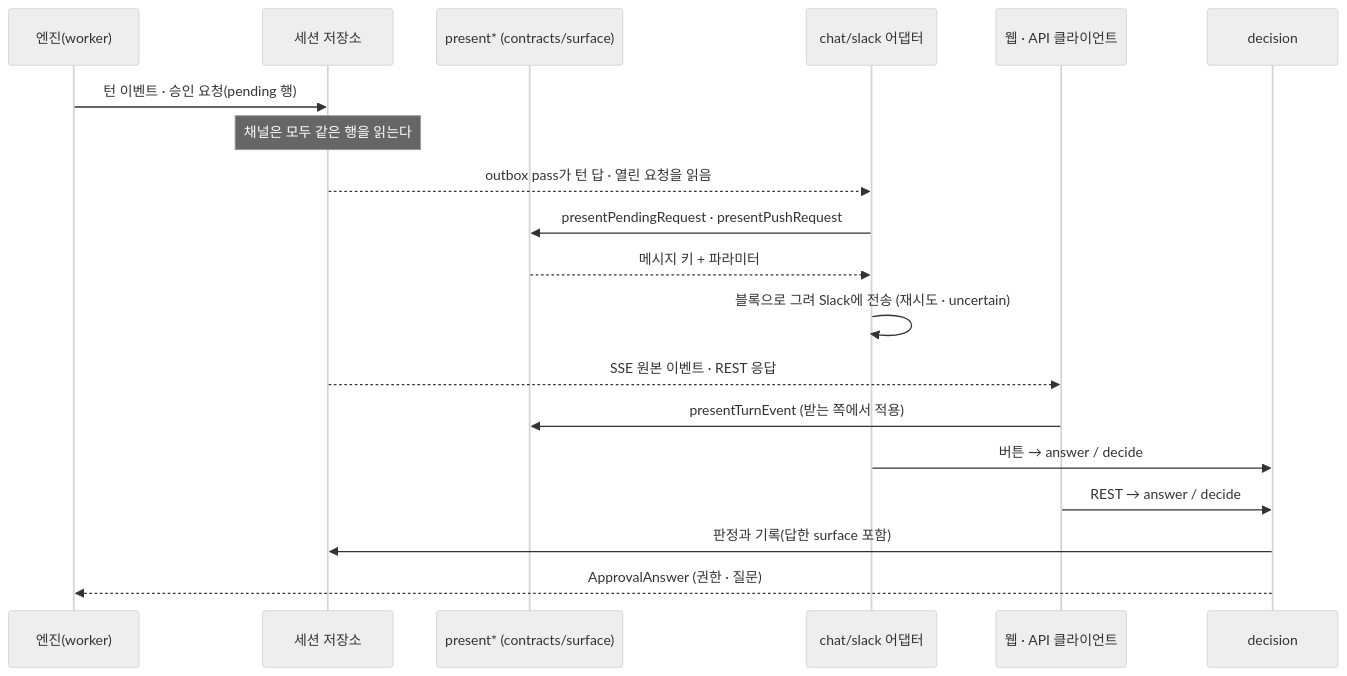
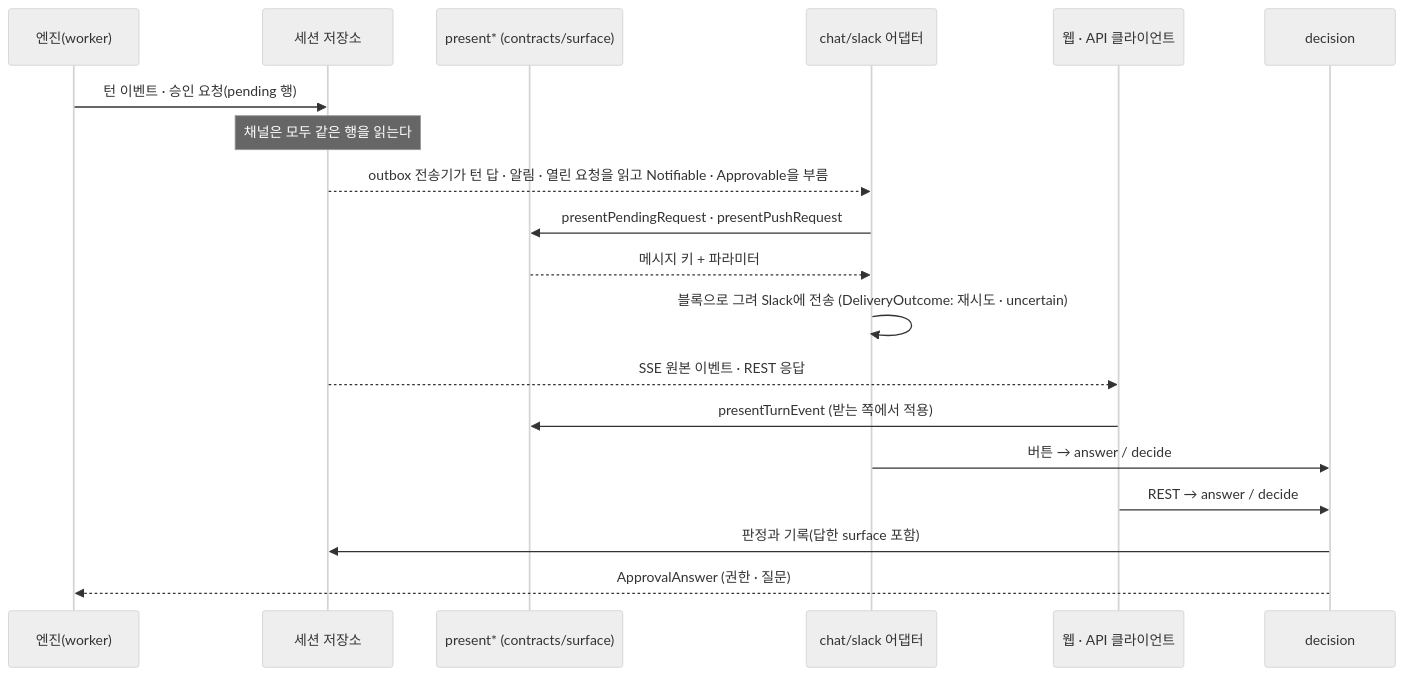
The third of 3 diagrams in docs/contributing/decisions/surface-action-modules.md (JeongJaeSoon/werft), drawn with Mermaid (neutral theme) before and after one commit. The commit also changed other lines of this file and 2 other files, not shown here.

First line of the commit message:
docs(decisions): 능력 인터페이스를 -able로 통일하고 Notifiable·Approvable을 만든다 (D0)

````diff
--- a/docs/contributing/decisions/surface-action-modules.md
+++ b/docs/contributing/decisions/surface-action-modules.md
@@ -517,21 +579,21 @@
 ```mermaid
 sequenceDiagram
   participant E as 엔진(worker)
   participant S as 세션 저장소
   participant VM as present* (contracts/surface)
   participant SL as chat/slack 어댑터
   participant W as 웹 · API 클라이언트
   participant D as decision
   E->>S: 턴 이벤트 · 승인 요청(pending 행)
   Note over S: 채널은 모두 같은 행을 읽는다
-  S-->>SL: outbox pass가 턴 답 · 열린 요청을 읽음
+  S-->>SL: outbox 전송기가 턴 답 · 알림 · 열린 요청을 읽고 Notifiable · Approvable을 부름
   SL->>VM: presentPendingRequest · presentPushRequest
   VM-->>SL: 메시지 키 + 파라미터
-  SL->>SL: 블록으로 그려 Slack에 전송 (재시도 · uncertain)
+  SL->>SL: 블록으로 그려 Slack에 전송 (DeliveryOutcome: 재시도 · uncertain)
   S-->>W: SSE 원본 이벤트 · REST 응답
   W->>VM: presentTurnEvent (받는 쪽에서 적용)
   SL->>D: 버튼 → answer / decide
   W->>D: REST → answer / decide
   D->>S: 판정과 기록(답한 surface 포함)
   D-->>E: ApprovalAnswer (권한 · 질문)
 ```
````
